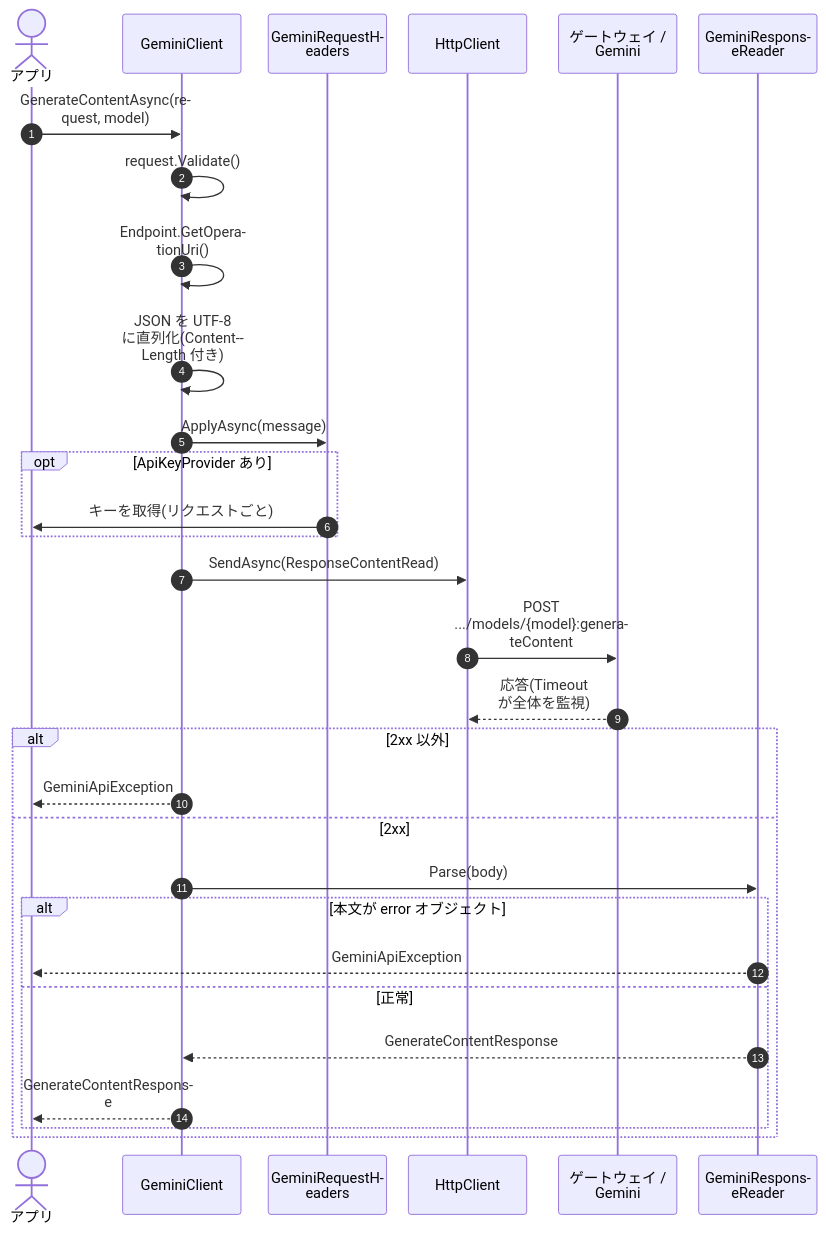
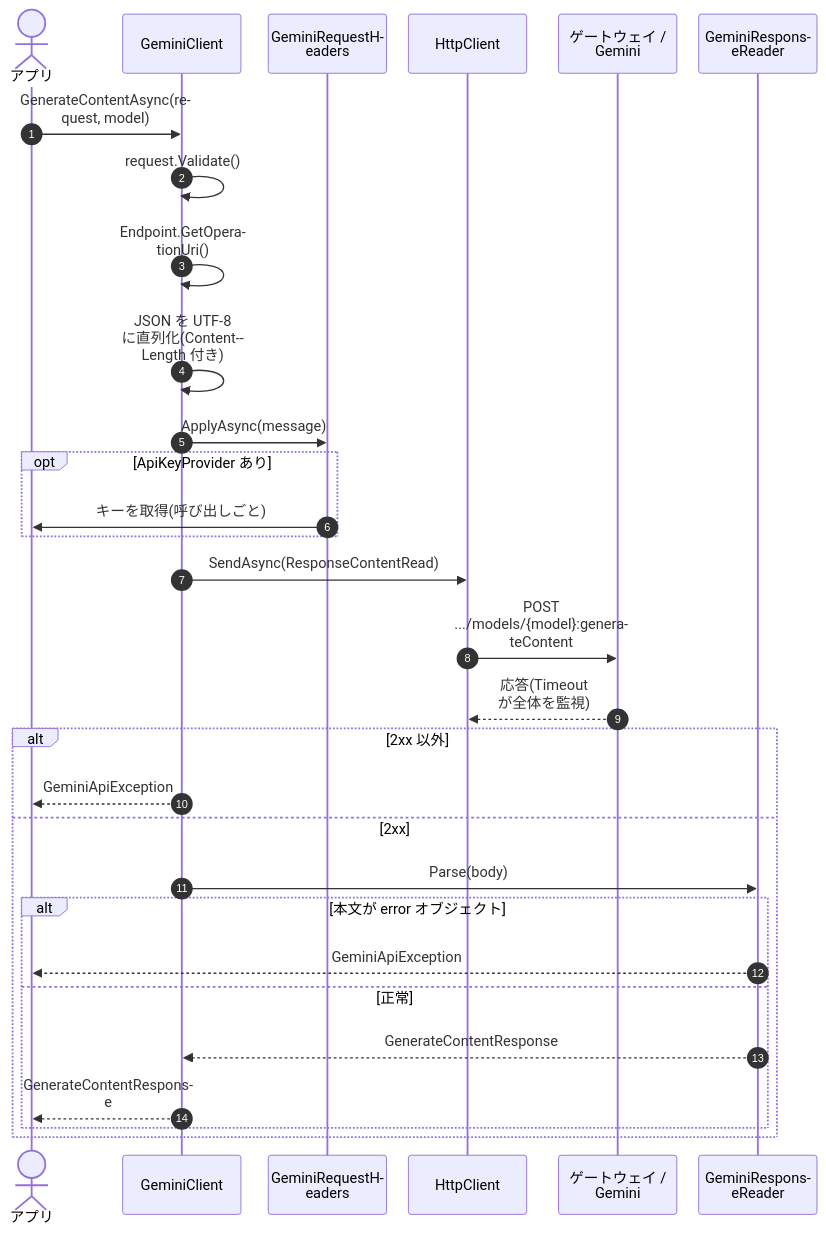
The sixth of 15 diagrams in docs/ARCHITECTURE.md (Osg-Junue/GeminiGatewayClient), drawn with Mermaid before and after one commit. The commit also changed other lines of this file and 33 other files, not shown here.

````diff
--- a/docs/ARCHITECTURE.md
+++ b/docs/ARCHITECTURE.md
@@ -364,34 +364,34 @@
 ```mermaid
 %%{init: {'sequence': {'wrap': true, 'actorMargin': 24, 'width': 130, 'messageMargin': 30}}}%%
 sequenceDiagram
     autonumber
     actor App as アプリ
     participant Client as GeminiClient
     participant Headers as GeminiRequestHeaders
     participant Http as HttpClient
     participant GW as ゲートウェイ / Gemini
     participant Reader as GeminiResponseReader
 
     App->>Client: GenerateContentAsync(request, model)
     Client->>Client: request.Validate()
     Client->>Client: Endpoint.GetOperationUri()
     Client->>Client: JSON を UTF-8 に直列化(Content-Length 付き)
     Client->>Headers: ApplyAsync(message)
     opt ApiKeyProvider あり
-        Headers->>App: キーを取得(リクエストごと)
+        Headers->>App: キーを取得(呼び出しごと)
     end
     Client->>Http: SendAsync(ResponseContentRead)
     Http->>GW: POST .../models/{model}:generateContent
     GW-->>Http: 応答(Timeout が全体を監視)
     alt 2xx 以外
         Client-->>App: GeminiApiException
     else 2xx
         Client->>Reader: Parse(body)
         alt 本文が error オブジェクト
             Reader-->>App: GeminiApiException
         else 正常
             Reader-->>Client: GenerateContentResponse
             Client-->>App: GenerateContentResponse
         end
     end
 ```
````
